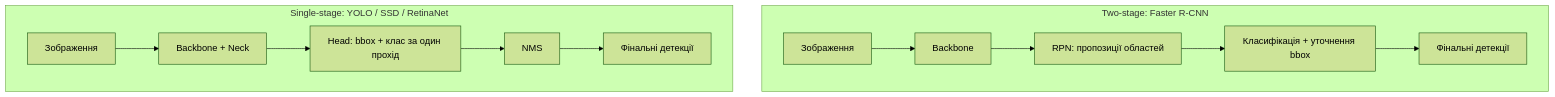
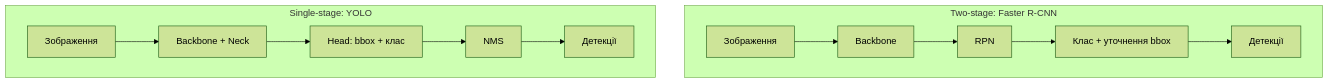
One commit to alisea-natan/aerial_vehicle_detection changed the second of 3 diagrams in guides/unified_cv_ds_engineer_guide.md. Above: the diagram before and after it, drawn with Mermaid (forest theme). The commit also changed other lines of this file and 1 other file, not shown here.

````diff
--- a/guides/unified_cv_ds_engineer_guide.md
+++ b/guides/unified_cv_ds_engineer_guide.md
@@ -155,15 +448,15 @@
 ```mermaid
 flowchart TD
     subgraph TS["Two-stage: Faster R-CNN"]
         A1["Зображення"] --> A2["Backbone"]
-        A2 --> A3["RPN: пропозиції областей"]
-        A3 --> A4["Класифікація + уточнення bbox"]
-        A4 --> A5["Фінальні детекції"]
+        A2 --> A3["RPN"]
+        A3 --> A4["Клас + уточнення bbox"]
+        A4 --> A5["Детекції"]
     end
-    subgraph SS["Single-stage: YOLO / SSD / RetinaNet"]
+    subgraph SS["Single-stage: YOLO"]
         B1["Зображення"] --> B2["Backbone + Neck"]
-        B2 --> B3["Head: bbox + клас за один прохід"]
+        B2 --> B3["Head: bbox + клас"]
         B3 --> B4["NMS"]
-        B4 --> B5["Фінальні детекції"]
+        B4 --> B5["Детекції"]
     end
 ```
````
